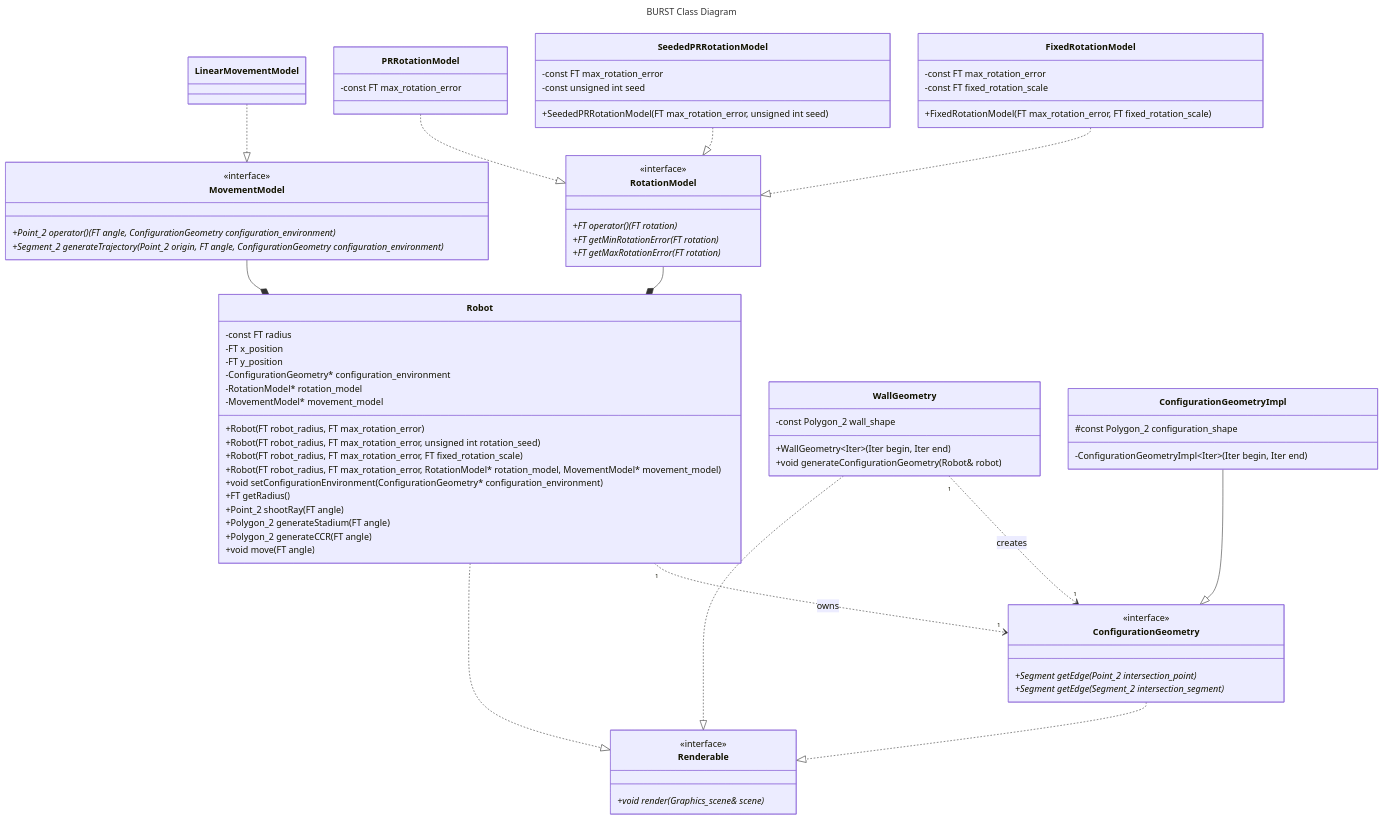
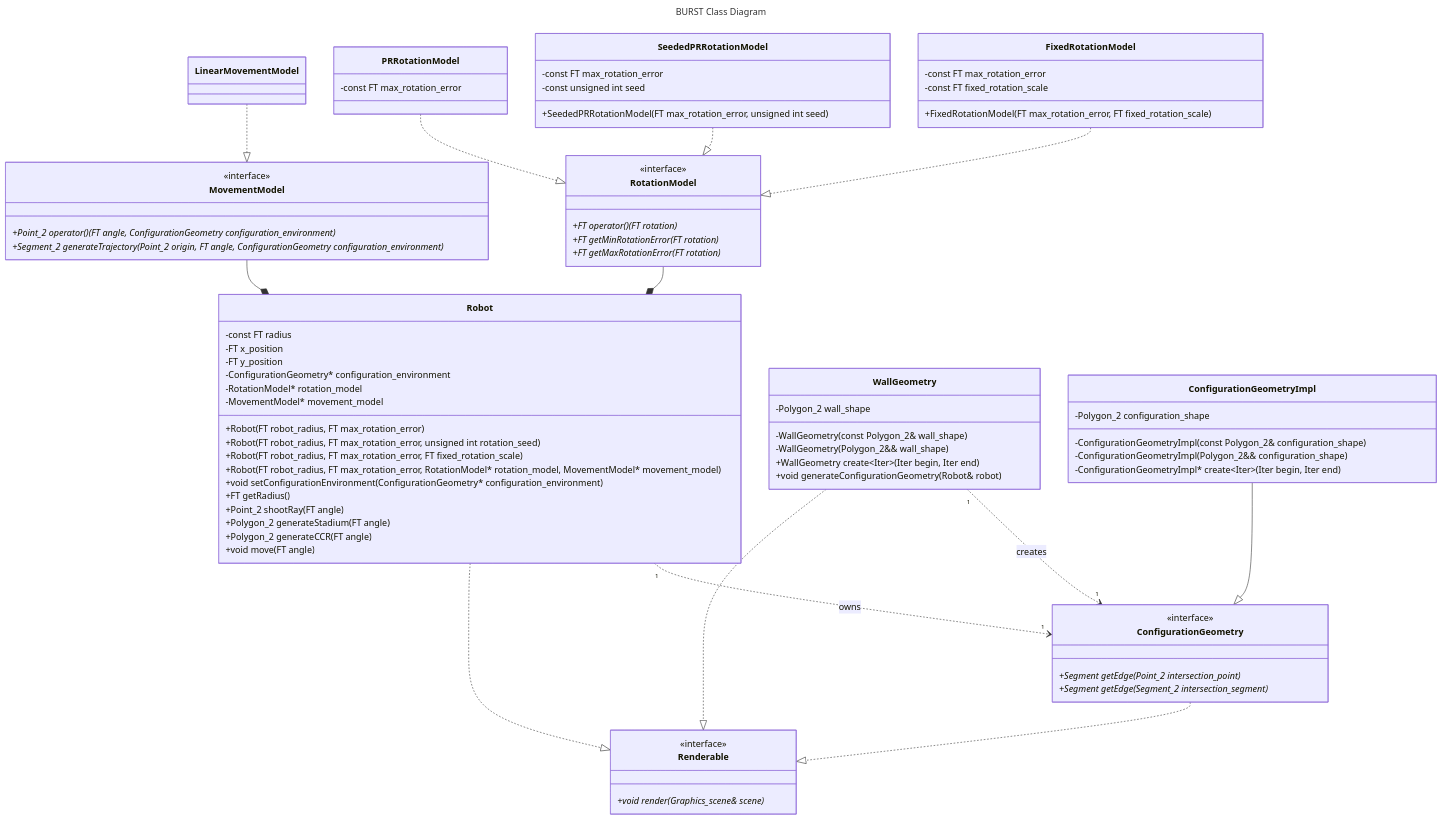
One commit to KedarPanchal/DAIR-BURST changed the diagram in docs/DESIGN.md. Above: the diagram before and after it, drawn with Mermaid. The commit also changed 1 other file, not shown here.

Commit message:
Remove nameless namespace to reduce code smell

````diff
--- a/docs/DESIGN.md
+++ b/docs/DESIGN.md
@@ -84,9 +84,11 @@
     RotationModel --* Robot
 
     class WallGeometry {
-        -const Polygon_2 wall_shape
-
-        +WallGeometry~Iter~(Iter begin, Iter end)
+        -Polygon_2 wall_shape
+        
+        -WallGeometry(const Polygon_2& wall_shape)
+        -WallGeometry(Polygon_2&& wall_shape)
+        +WallGeometry create~Iter~(Iter begin, Iter end)
         +void generateConfigurationGeometry(Robot& robot)
     }
     WallGeometry ..|> Renderable
@@ -101,8 +103,11 @@
     Robot "1" ..> "1" ConfigurationGeometry : owns
 
     class ConfigurationGeometryImpl {
-        #const Polygon_2 configuration_shape
-        -ConfigurationGeometryImpl~Iter~(Iter begin, Iter end)
+        -Polygon_2 configuration_shape
+
+        -ConfigurationGeometryImpl(const Polygon_2& configuration_shape)
+        -ConfigurationGeometryImpl(Polygon_2&& configuration_shape)
+        -ConfigurationGeometryImpl* create~Iter~(Iter begin, Iter end)
     }
     ConfigurationGeometryImpl --|> ConfigurationGeometry
 ```
````
